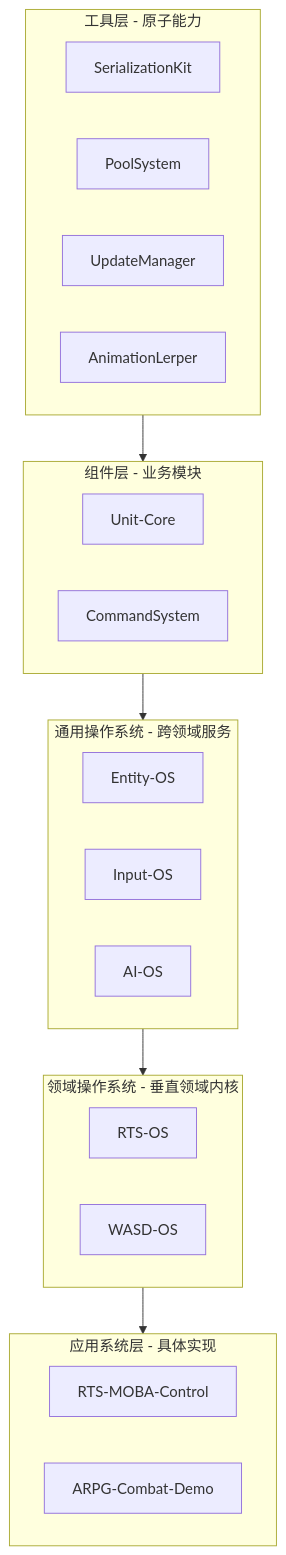
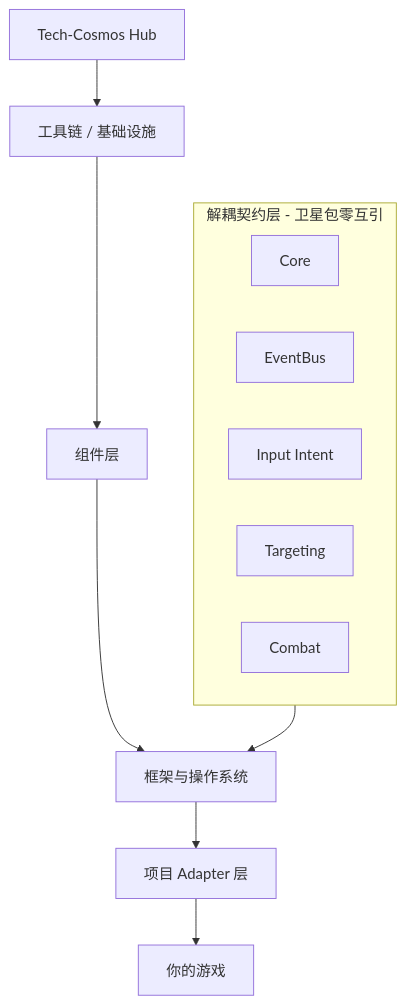
One commit to PeterParkers007/Tech-Cosmos changed the diagram in README.md. Above: the diagram before and after it, drawn with Mermaid. The commit also changed other lines of this file and 63 other files, not shown here.

First line of the commit message:
feat: 并入 Tech-Cosmos Hub 并全面更新生态文档

````diff
--- a/README.md
+++ b/README.md
@@ -26,35 +45,18 @@
 ```mermaid
 graph TB
-    A[工具链] --> B[组件层]
-    B --> C[通用操作系统]
-    C --> D[领域操作系统]
-    D --> E[应用系统层]
-    
-    subgraph A [工具层 - 原子能力]
-        A1[SerializationKit]
-        A2[PoolSystem]
-        A3[UpdateManager]
-        A4[AnimationLerper]
+    H[Tech-Cosmos Hub] --> A[工具链 / 基础设施]
+    A --> B[组件层]
+    B --> C[框架与操作系统]
+    C --> D[项目 Adapter 层]
+    D --> E[你的游戏]
+
+    subgraph F [解耦契约层 - 卫星包零互引]
+        F1[Core]
+        F2[EventBus]
+        F3[Input Intent]
+        F4[Targeting]
+        F5[Combat]
     end
-    
-    subgraph B [组件层 - 业务模块]
-        B1[Unit-Core]
-        B2[CommandSystem]
-    end
-    
-    subgraph C [通用操作系统 - 跨领域服务]
-        C1[Entity-OS]
-        C2[Input-OS]
-        C3[AI-OS]
-    end
-    
-    subgraph D [领域操作系统 - 垂直领域内核]
-        D1[RTS-OS]
-        D2[WASD-OS]
-    end
-    
-    subgraph E [应用系统层 - 具体实现]
-        E1[RTS-MOBA-Control]
-        E2[ARPG-Combat-Demo]
-    end
+
+    F --> C
 ```
````
